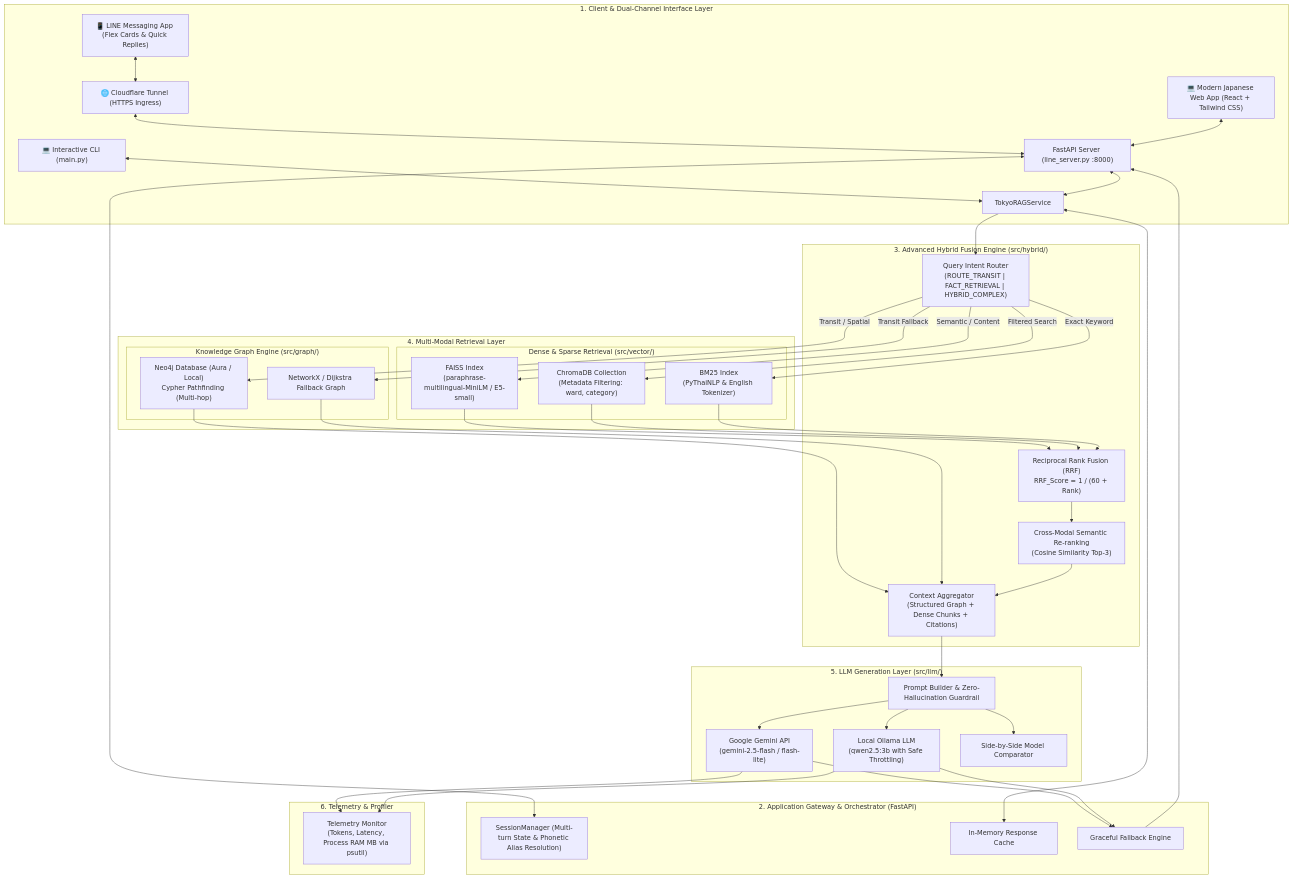
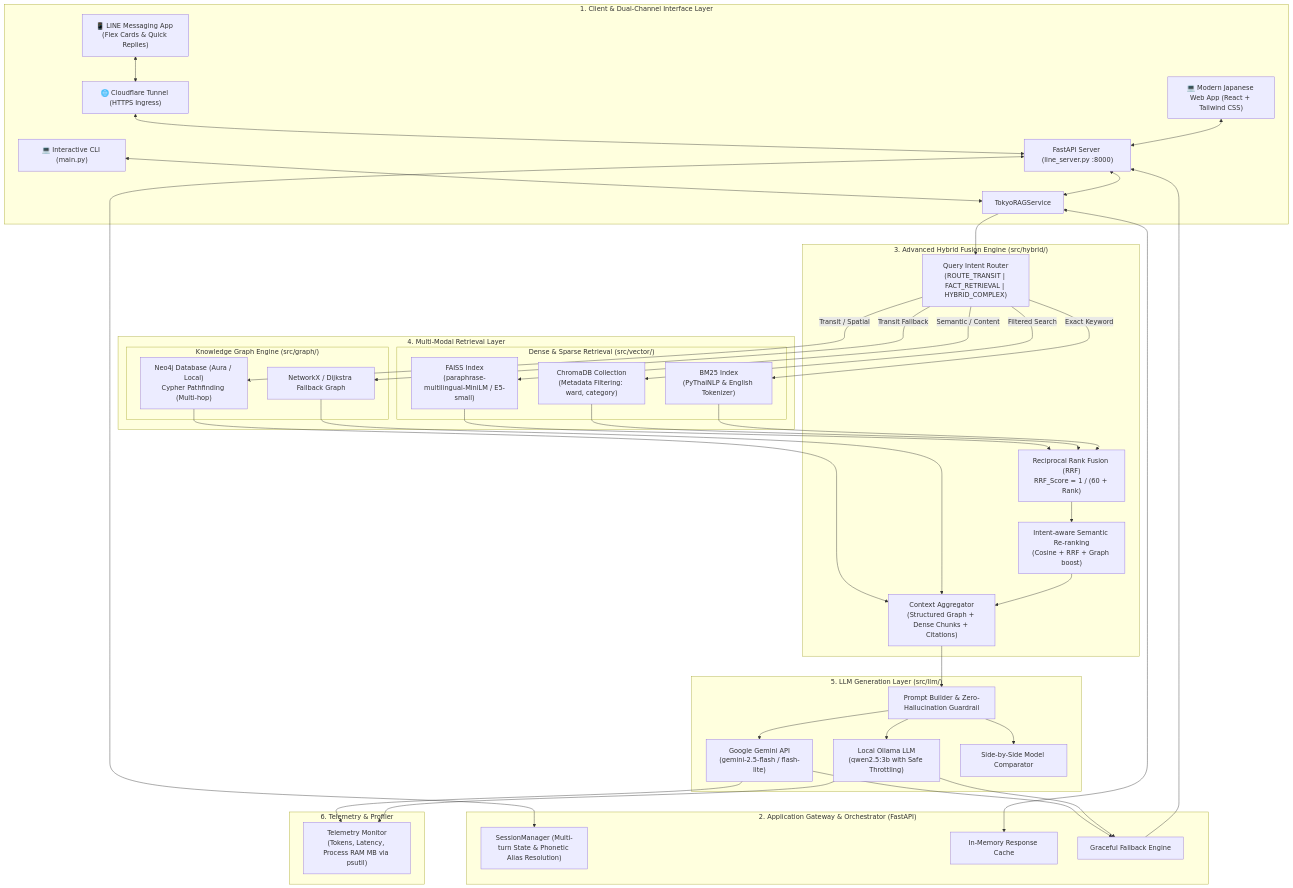
The diagram in README.md (xhier2547/Rag_Tokyo_Line), drawn with Mermaid before and after one commit. The commit also changed other lines of this file and 18 other files, not shown here.

````diff
--- a/README.md
+++ b/README.md
@@ -52,73 +52,73 @@
 ```mermaid
 flowchart TD
     subgraph ClientLayer ["1. Client & Dual-Channel Interface Layer"]
         LINE["📱 LINE Messaging App (Flex Cards & Quick Replies)"]
         WEB["💻 Modern Japanese Web App (React + Tailwind CSS)"]
         CLI["💻 Interactive CLI (main.py)"]
         TUNNEL["🌐 Cloudflare Tunnel (HTTPS Ingress)"]
         LINE <--> TUNNEL <--> WebHook
         WEB <--> WebHook
         CLI <--> RAGService
     end
 
     subgraph ServiceLayer ["2. Application Gateway & Orchestrator (FastAPI)"]
         WebHook["FastAPI Server (line_server.py :8000)"]
         SessionMgr["SessionManager (Multi-turn State & Phonetic Alias Resolution)"]
         RAGService["TokyoRAGService"]
         Cache["In-Memory Response Cache"]
         Fallback["Graceful Fallback Engine"]
         WebHook <--> SessionMgr
         WebHook <--> RAGService
         RAGService <--> Cache
     end
 
     subgraph HybridEngine ["3. Advanced Hybrid Fusion Engine (src/hybrid/)"]
         Router["Query Intent Router\n(ROUTE_TRANSIT | FACT_RETRIEVAL | HYBRID_COMPLEX)"]
         RRF["Reciprocal Rank Fusion (RRF)\nRRF_Score = 1 / (60 + Rank)"]
-        ReRanker["Cross-Modal Semantic Re-ranking\n(Cosine Similarity Top-3)"]
+        ReRanker["Intent-aware Semantic Re-ranking\n(Cosine + RRF + Graph boost)"]
         ContextAssembler["Context Aggregator\n(Structured Graph + Dense Chunks + Citations)"]
         RAGService --> Router
     end
 
     subgraph RetrievalLayer ["4. Multi-Modal Retrieval Layer"]
         subgraph DenseSparse ["Dense & Sparse Retrieval (src/vector/)"]
             FAISS["FAISS Index\n(paraphrase-multilingual-MiniLM / E5-small)"]
             Chroma["ChromaDB Collection\n(Metadata Filtering: ward, category)"]
             BM25["BM25 Index\n(PyThaiNLP & English Tokenizer)"]
         end
         subgraph GraphDB ["Knowledge Graph Engine (src/graph/)"]
             Neo4j["Neo4j Database (Aura / Local)\nCypher Pathfinding (Multi-hop)"]
             GraphCache["NetworkX / Dijkstra Fallback Graph"]
         end
     end
 
     subgraph LLMLayer ["5. LLM Generation Layer (src/llm/)"]
         PromptBuilder["Prompt Builder & Zero-Hallucination Guardrail"]
         GeminiClient["Google Gemini API\n(gemini-2.5-flash / flash-lite)"]
         LocalClient["Local Ollama LLM\n(qwen2.5:3b with Safe Throttling)"]
         Comparator["Side-by-Side Model Comparator"]
     end
 
     subgraph TelemetryLayer ["6. Telemetry & Profiler"]
         Telemetry["Telemetry Monitor\n(Tokens, Latency, Process RAM MB via psutil)"]
         GeminiClient --> Telemetry
         LocalClient --> Telemetry
     end
 
     Router -->|Transit / Spatial| Neo4j
     Router -->|Transit Fallback| GraphCache
     Router -->|Semantic / Content| FAISS
     Router -->|Filtered Search| Chroma
     Router -->|Exact Keyword| BM25
 
     FAISS & Chroma & BM25 --> RRF
     Neo4j & GraphCache --> ContextAssembler
     RRF --> ReRanker --> ContextAssembler
 
     ContextAssembler --> PromptBuilder
     PromptBuilder --> GeminiClient
     PromptBuilder --> LocalClient
     PromptBuilder --> Comparator
 
     GeminiClient & LocalClient --> Fallback --> WebHook
 ```
````
